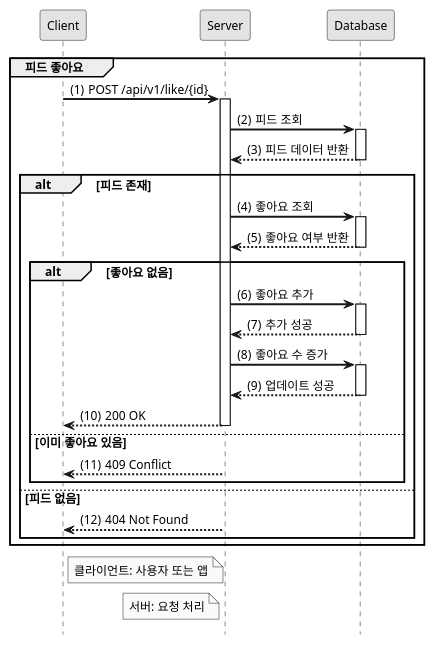
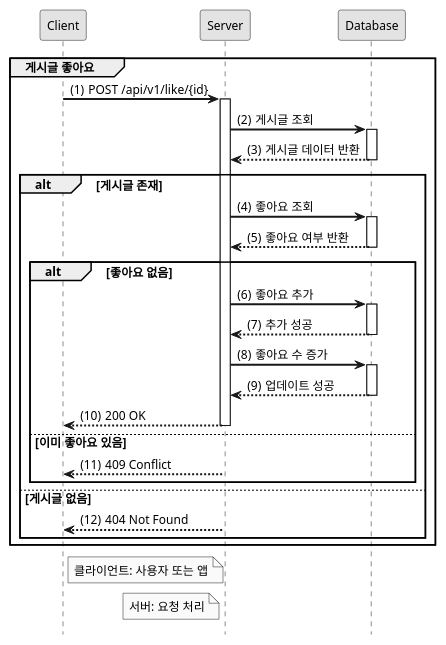
Before and after one commit to sumin220/SpringBoot_MemberBoard: the diagram in sequence/likeFeed.puml, drawn with PlantUML. The commit also changed 7 other files, not shown here.

```diff
--- a/sequence/likeFeed.puml
+++ b/sequence/likeFeed.puml
@@ -1,42 +1,42 @@
 @startuml
 
 hide footbox
 autoactivate on
 
 ' 스타일 설정
 skinparam monochrome true
 skinparam shadowing false
 skinparam defaultFontSize 12
 skinparam defaultFontName Arial
 skinparam sequenceArrowThickness 2
 
 participant "Client" as C
 participant "Server" as S
 participant "Database" as DB
 
-group 피드 좋아요
+group 게시글 좋아요
     autonumber 1 "(0)"
     C -> S: POST /api/v1/like/{id}
-    S -> DB: 피드 조회
-    DB --> S: 피드 데이터 반환
-    alt 피드 존재
+    S -> DB: 게시글 조회
+    DB --> S: 게시글 데이터 반환
+    alt 게시글 존재
         S -> DB: 좋아요 조회
         DB --> S: 좋아요 여부 반환
         alt 좋아요 없음
             S -> DB: 좋아요 추가
             DB --> S: 추가 성공
             S -> DB: 좋아요 수 증가
             DB --> S: 업데이트 성공
             S --> C: 200 OK
         else 이미 좋아요 있음
             S --> C: 409 Conflict
         end
-    else 피드 없음
+    else 게시글 없음
         S --> C: 404 Not Found
     end
 end
 
 note right of C: 클라이언트: 사용자 또는 앱
 note left of S: 서버: 요청 처리
 
 @enduml
```
